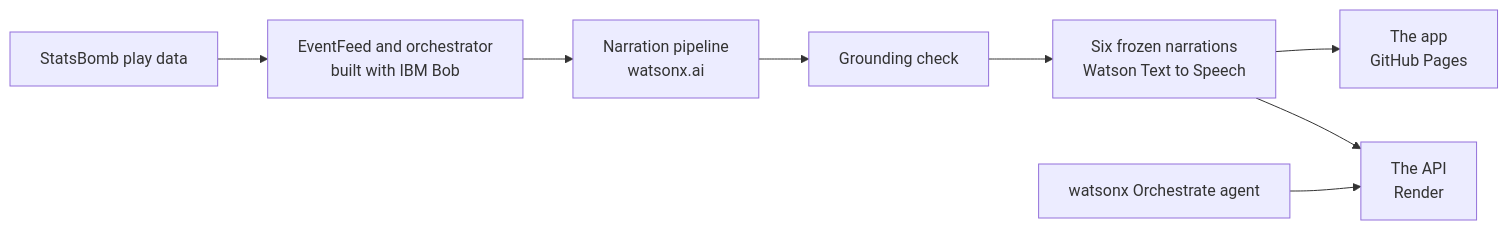
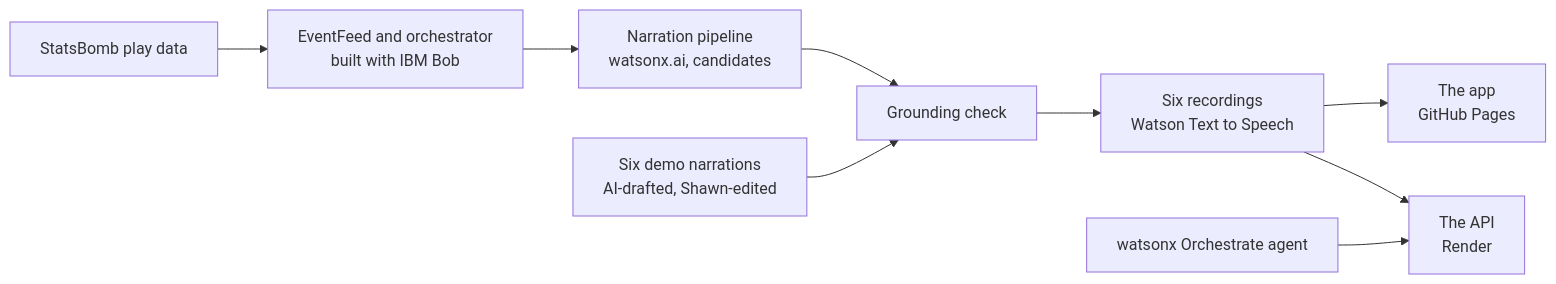
Before and after one commit to sh4wnbk/prelude: the diagram in README.md, drawn with Mermaid. The commit also changed other lines of this file and 4 other files, not shown here.

````diff
--- a/README.md
+++ b/README.md
@@ -25,10 +25,11 @@
 ```mermaid
 flowchart LR
   facts["StatsBomb play data"] --> feed["EventFeed and orchestrator<br/>built with IBM Bob"]
-  feed --> pipe["Narration pipeline<br/>watsonx.ai"]
+  feed --> pipe["Narration pipeline<br/>watsonx.ai, candidates"]
   pipe --> check["Grounding check"]
-  check --> six["Six frozen narrations<br/>Watson Text to Speech"]
-  six --> app["The app<br/>GitHub Pages"]
-  six --> api["The API<br/>Render"]
+  six["Six demo narrations<br/>AI-drafted, Shawn-edited"] --> check
+  check --> voice["Six recordings<br/>Watson Text to Speech"]
+  voice --> app["The app<br/>GitHub Pages"]
+  voice --> api["The API<br/>Render"]
   agent["watsonx Orchestrate agent"] --> api
 ```
````
